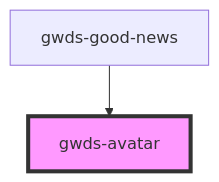
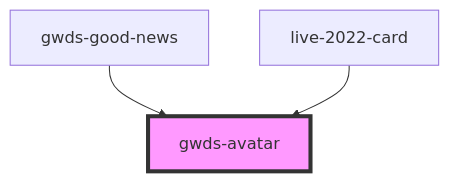
One commit to bsastregx/gwds-stenciljs changed the diagram in src/components/gwds-avatar/readme.md. Above: the diagram before and after it, drawn with Mermaid. The commit also changed other lines of this file and 28 other files, not shown here.

````diff
--- a/src/components/gwds-avatar/readme.md
+++ b/src/components/gwds-avatar/readme.md
@@ -25,5 +26,6 @@
 ```mermaid
 graph TD;
   gwds-good-news --> gwds-avatar
+  live-2022-card --> gwds-avatar
   style gwds-avatar fill:#f9f,stroke:#333,stroke-width:4px
 ```
````
